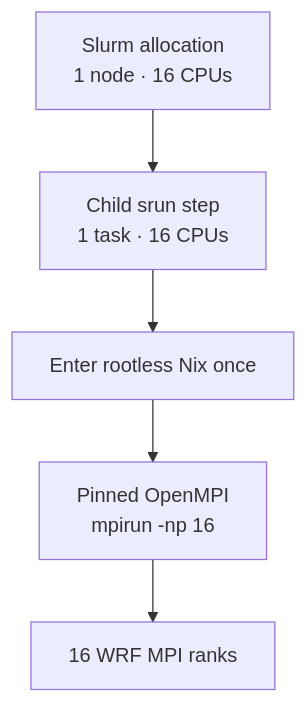
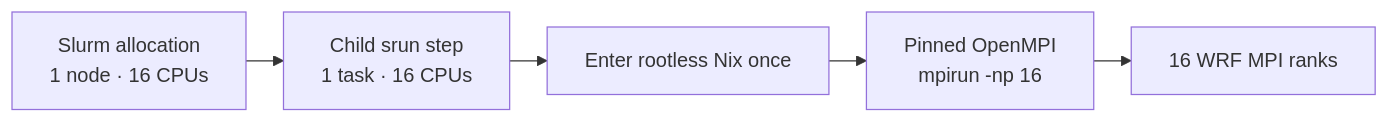
The diagram in docs/how-to/sapelo2-batch.md (YONGHUNI/wrfkit), drawn with Mermaid before and after one commit. The commit also changed 3 other files, not shown here.

Commit message:
docs: compact single-node Mermaid layouts

````diff
--- a/docs/how-to/sapelo2-batch.md
+++ b/docs/how-to/sapelo2-batch.md
@@ -82,10 +82,11 @@
 ```mermaid
-flowchart TB
+%%{init: {"flowchart": {"nodeSpacing": 20, "rankSpacing": 30}}}%%
+flowchart LR
     A["Slurm allocation<br/>1 node · 16 CPUs"]
     B["Child srun step<br/>1 task · 16 CPUs"]
     C["Enter rootless Nix once"]
     D["Pinned OpenMPI<br/>mpirun -np 16"]
     E["16 WRF MPI ranks"]
 
     A --> B --> C --> D --> E
 ```
````
